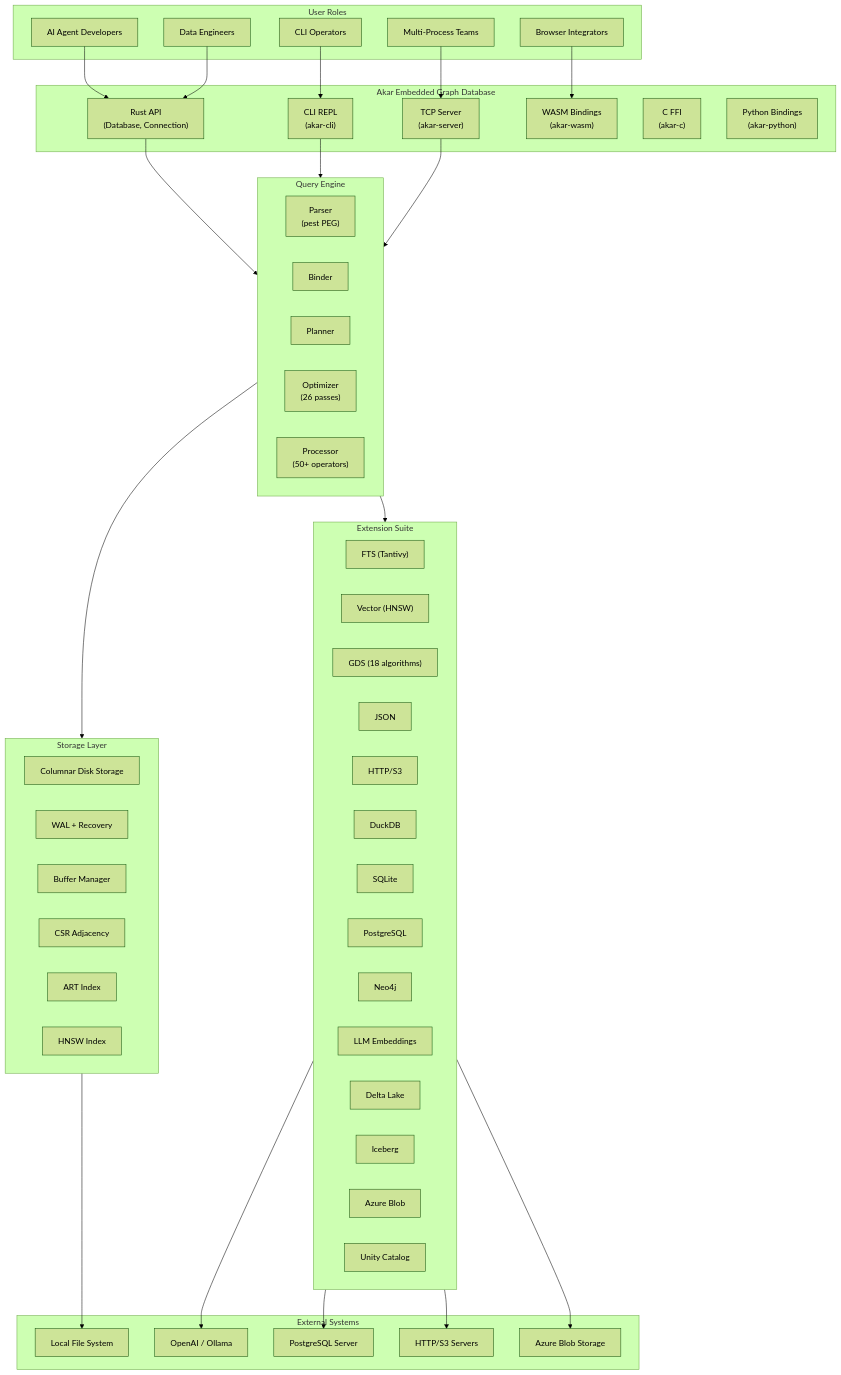
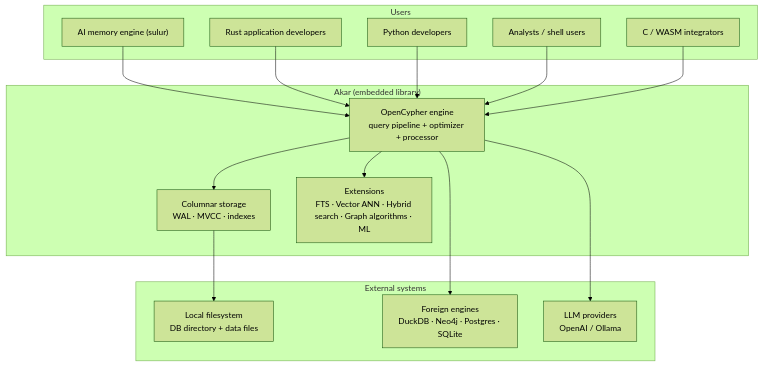
Before and after one commit to mlengse/akar: the diagram in .terrain/human/1.Overview.md, drawn with Mermaid (forest theme). The commit also changed other lines of this file and 51 other files, not shown here.

````diff
--- a/.terrain/human/1.Overview.md
+++ b/.terrain/human/1.Overview.md
@@ -29,80 +12,30 @@
 ```mermaid
-graph TB
-    subgraph Users["User Roles"]
-        Dev["AI Agent Developers"]
-        DE["Data Engineers"]
-        CLI["CLI Operators"]
-        MP["Multi-Process Teams"]
-        FE["Browser Integrators"]
+flowchart TD
+    subgraph USER["Users"]
+        sulur["AI memory engine (sulur)"]
+        rustdev["Rust application developers"]
+        pydev["Python developers"]
+        analyst["Analysts / shell users"]
+        cdev["C / WASM integrators"]
     end
-
-    subgraph AkarSystem["Akar Embedded Graph Database"]
-        API["Rust API<br/>(Database, Connection)"]
-        CLIApp["CLI REPL<br/>(akar-cli)"]
-        SRV["TCP Server<br/>(akar-server)"]
-        WASM["WASM Bindings<br/>(akar-wasm)"]
-        FFI["C FFI<br/>(akar-c)"]
-        PY["Python Bindings<br/>(akar-python)"]
+    subgraph AKAR["Akar (embedded library)"]
+        api["OpenCypher engine<br/>query pipeline + optimizer + processor"]
+        store["Columnar storage<br/>WAL · MVCC · indexes"]
+        ext["Extensions<br/>FTS · Vector ANN · Hybrid search · Graph algorithms · ML"]
     end
-
-    subgraph Engine["Query Engine"]
-        Parser["Parser<br/>(pest PEG)"]
-        Binder["Binder"]
-        Planner["Planner"]
-        Optimizer["Optimizer<br/>(26 passes)"]
-        Processor["Processor<br/>(50+ operators)"]
+    subgraph EXTERNAL["External systems"]
+        fs["Local filesystem<br/>DB directory + data files"]
+        foreign["Foreign engines<br/>DuckDB · Neo4j · Postgres · SQLite"]
+        llm["LLM providers<br/>OpenAI / Ollama"]
     end
-
-    subgraph Storage["Storage Layer"]
-        Disk["Columnar Disk Storage"]
-        WAL["WAL + Recovery"]
-        BufMgr["Buffer Manager"]
-        CSR["CSR Adjacency"]
-        ART["ART Index"]
-        HNSW["HNSW Index"]
-    end
-
-    subgraph Extensions["Extension Suite"]
-        FTS["FTS (Tantivy)"]
-        Vec["Vector (HNSW)"]
-        Algo["GDS (18 algorithms)"]
-        JSON["JSON"]
-        HTTPFS["HTTP/S3"]
-        DuckDB["DuckDB"]
-        SQLite["SQLite"]
-        PG["PostgreSQL"]
-        Neo4j["Neo4j"]
-        LLM["LLM Embeddings"]
-        Delta["Delta Lake"]
-        Iceberg["Iceberg"]
-        Azure["Azure Blob"]
-        UC["Unity Catalog"]
-    end
-
-    subgraph External["External Systems"]
-        DiskFS["Local File System"]
-        OpenAI["OpenAI / Ollama"]
-        PgDB["PostgreSQL Server"]
-        HTTP["HTTP/S3 Servers"]
-        AzureBlob["Azure Blob Storage"]
-    end
-
-    Dev --> API
-    DE --> API
-    CLI --> CLIApp
-    MP --> SRV
-    FE --> WASM
-
-    API --> Engine
-    CLIApp --> Engine
-    SRV --> Engine
-
-    Engine --> Storage
-    Engine --> Extensions
-
-    Storage --> DiskFS
-    Extensions --> OpenAI
-    Extensions --> PgDB
-    Extensions --> HTTP
-    Extensions --> AzureBlob
+    sulur --> api
+    rustdev --> api
+    pydev --> api
+    analyst --> api
+    cdev --> api
+    api --> store
+    store --> fs
+    api --> ext
+    api --> foreign
+    api --> llm
 ```
````
